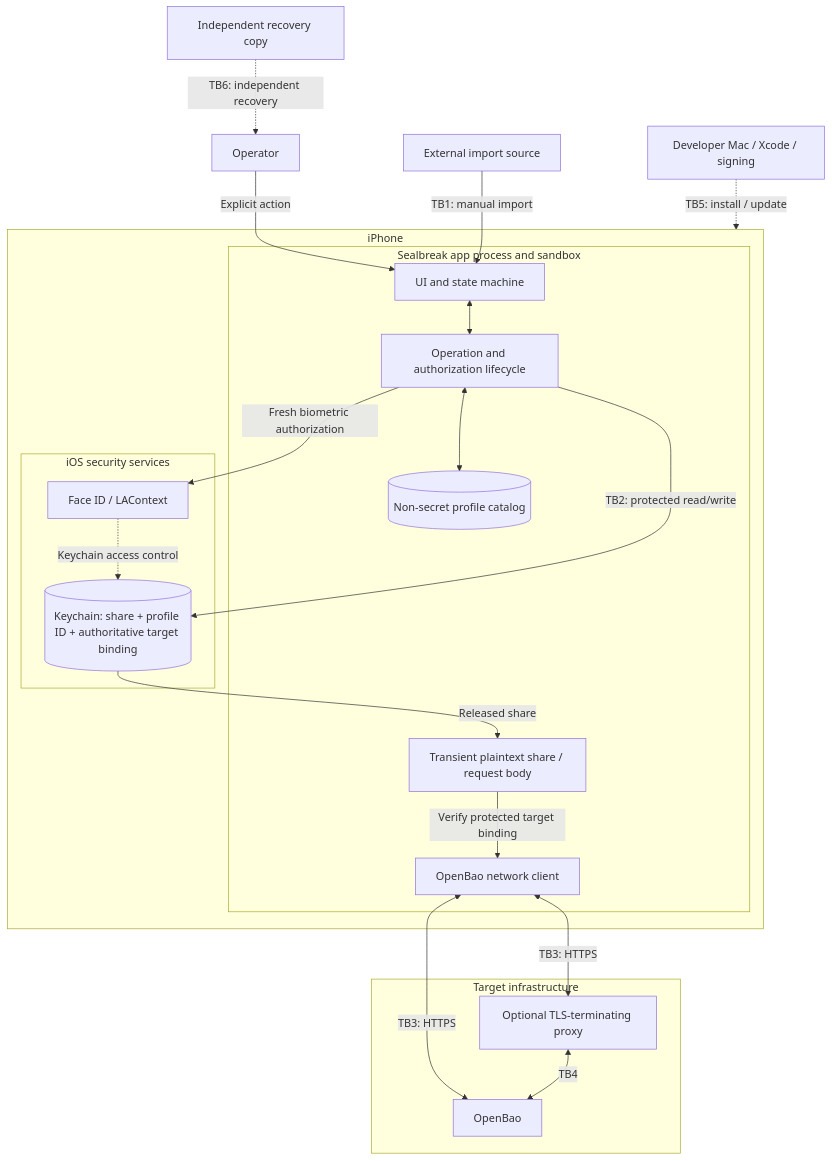
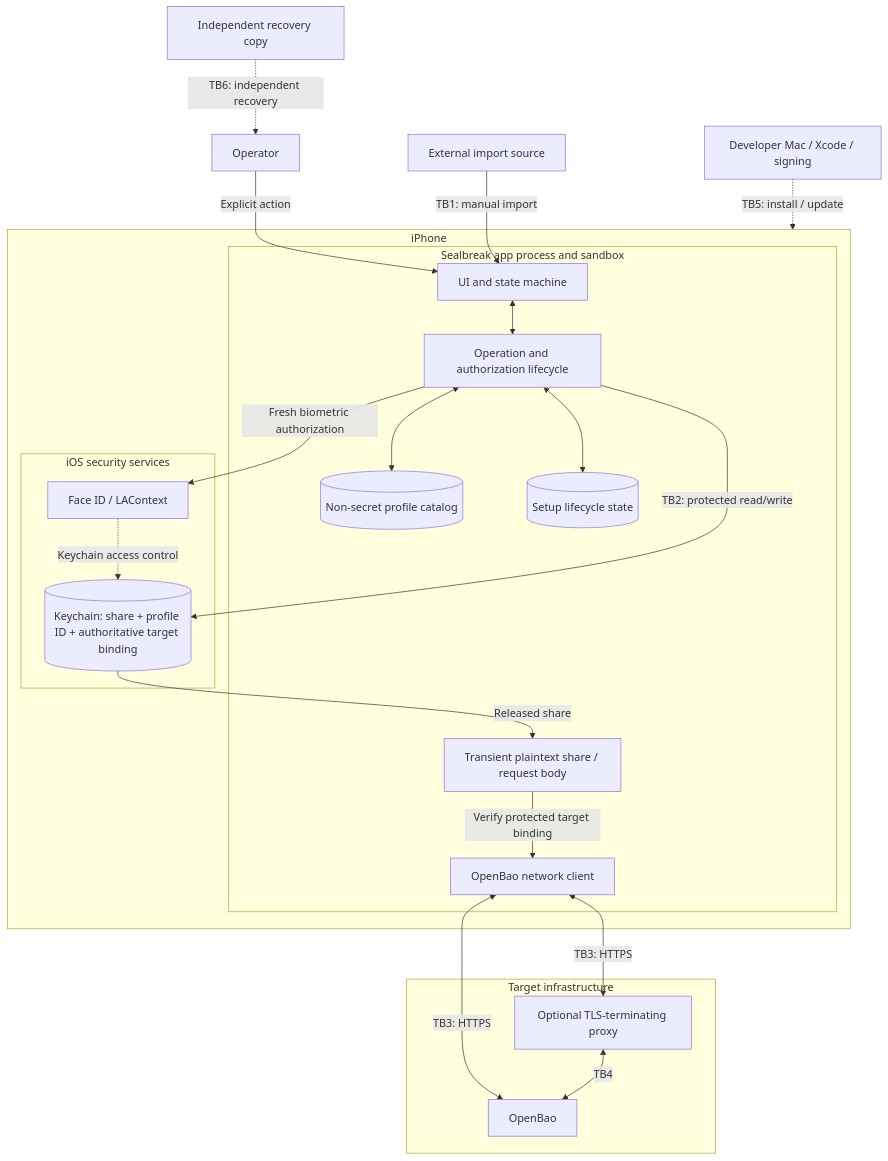
The first of 2 diagrams in THREAT_MODEL.md (GeorgesAlkhouri/sealbreak), drawn with Mermaid before and after one commit. The commit also changed other lines of this file, not shown here.

Commit message:
docs(threat-model): document explicit setup commit

````diff
--- a/THREAT_MODEL.md
+++ b/THREAT_MODEL.md
@@ -58,45 +58,47 @@
 ```mermaid
 flowchart TB
     OP["Operator"]
     IMPORT["External import source"]
     REC["Independent recovery copy"]
     BUILD["Developer Mac / Xcode / signing"]
 
     subgraph PHONE["iPhone"]
         subgraph APP["Sealbreak app process and sandbox"]
             UI["UI and state machine"]
             MODEL["Operation and authorization lifecycle"]
             DISPLAY[("Non-secret profile catalog")]
+            SETUPSTATE[("Setup lifecycle state")]
             MEM["Transient plaintext share / request body"]
             NET["OpenBao network client"]
         end
 
         subgraph IOS["iOS security services"]
             AUTH["Face ID / LAContext"]
             KC[("Keychain: share + profile ID + authoritative target binding")]
         end
     end
 
     subgraph TARGET["Target infrastructure"]
         PROXY["Optional TLS-terminating proxy"]
         BAO["OpenBao"]
     end
 
     OP -->|"Explicit action"| UI
     IMPORT -->|"TB1: manual import"| UI
     BUILD -.->|"TB5: install / update"| APP
 
     UI <--> MODEL
     MODEL <--> DISPLAY
+    MODEL <--> SETUPSTATE
     MODEL -->|"Fresh biometric authorization"| AUTH
     AUTH -.->|"Keychain access control"| KC
     MODEL -->|"TB2: protected read/write"| KC
     KC -->|"Released share"| MEM
     MEM -->|"Verify protected target binding"| NET
 
     NET <-->|"TB3: HTTPS"| BAO
     NET <-->|"TB3: HTTPS"| PROXY
     PROXY <-->|"TB4"| BAO
 
     REC -.->|"TB6: independent recovery"| OP
 ```
````
